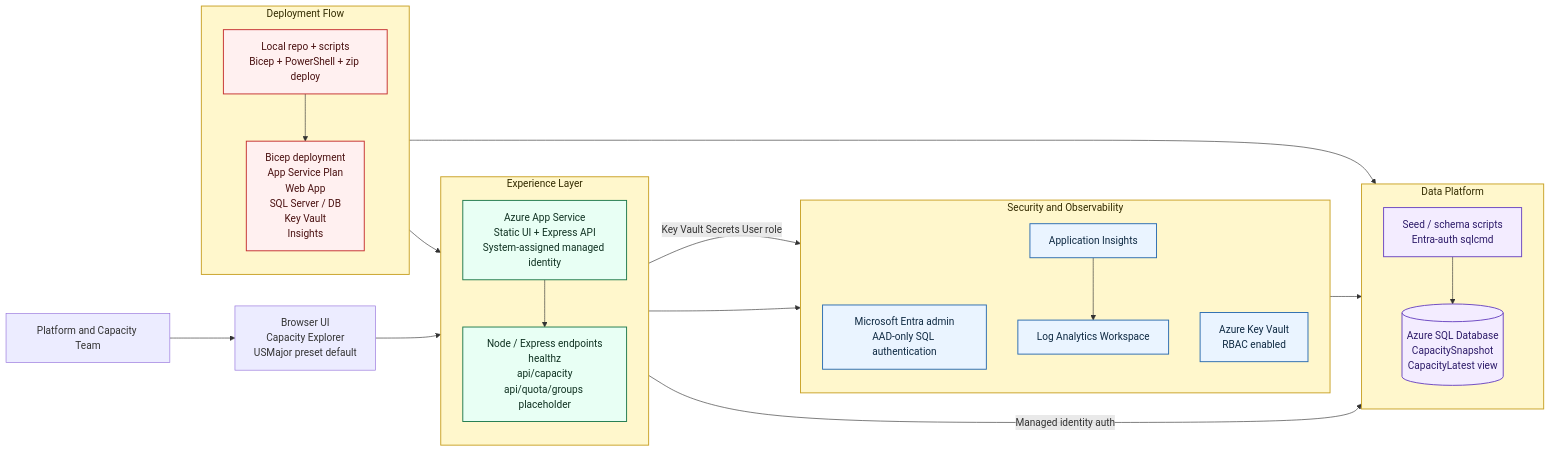
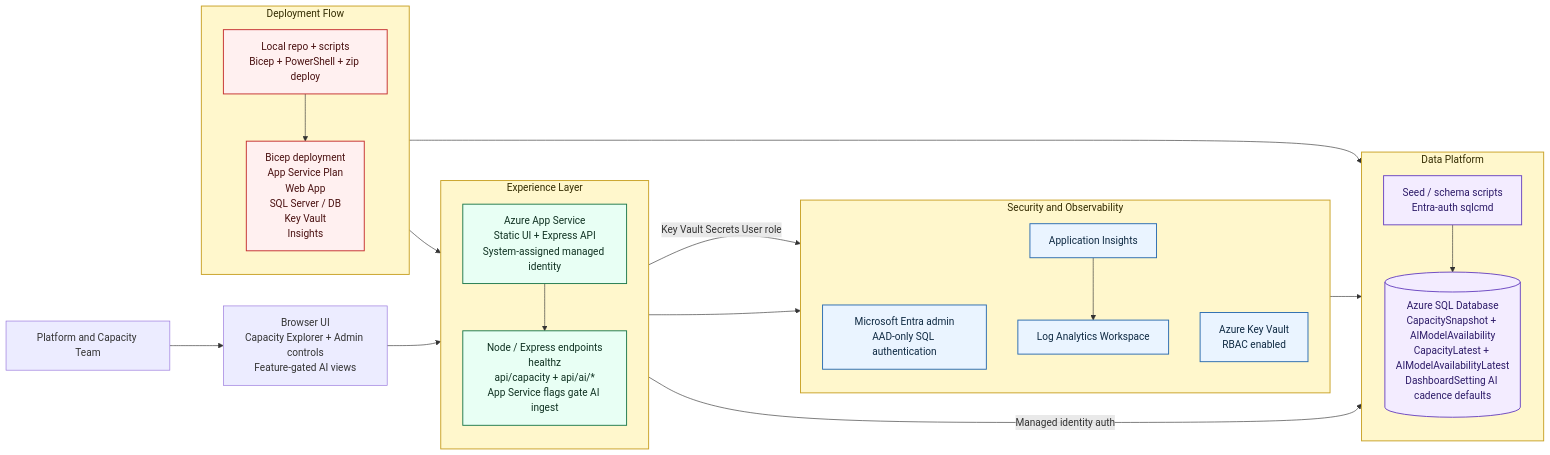
Before and after one commit to wjpigott/Capacity-Planning-Dashboard: the diagram in docs/current-architecture.mmd, drawn with Mermaid. The commit also changed 145 other files, not shown here.

Commit message:
feat: add Azure AI capacity ingestion, fix SQL timeout, remove .squad from tracking

```diff
--- a/docs/current-architecture.mmd
+++ b/docs/current-architecture.mmd
@@ -1,50 +1,50 @@
 flowchart LR
     classDef group fill:#FFF7CC,stroke:#C9A227,stroke-width:1.5px,color:#332B00;
     classDef azure fill:#EAF4FF,stroke:#2B6CB0,stroke-width:1.5px,color:#0F2A43;
     classDef app fill:#E8FFF4,stroke:#1F7A4D,stroke-width:1.5px,color:#103222;
     classDef data fill:#F3ECFF,stroke:#6B46C1,stroke-width:1.5px,color:#2D1B69;
     classDef ops fill:#FFF0F0,stroke:#C53030,stroke-width:1.5px,color:#4A1111;
 
     User[Platform and Capacity Team]
-    Browser[Browser UI\nCapacity Explorer\nUSMajor preset default]
+    Browser[Browser UI\nCapacity Explorer + Admin controls\nFeature-gated AI views]
 
     subgraph Experience[Experience Layer]
         direction TB
         WebApp[Azure App Service\nStatic UI + Express API\nSystem-assigned managed identity]
-        Api[Node / Express endpoints\nhealthz\napi/capacity\napi/quota/groups placeholder]
+        Api[Node / Express endpoints\nhealthz\napi/capacity + api/ai/*\nApp Service flags gate AI ingest]
     end
 
     subgraph Data[Data Platform]
         direction TB
-        Sql[(Azure SQL Database\nCapacitySnapshot\nCapacityLatest view)]
+        Sql[(Azure SQL Database\nCapacitySnapshot + AIModelAvailability\nCapacityLatest + AIModelAvailabilityLatest\nDashboardSetting AI cadence defaults)]
         Seed[Seed / schema scripts\nEntra-auth sqlcmd]
     end
 
     subgraph Security[Security and Observability]
         direction TB
         Entra[Microsoft Entra admin\nAAD-only SQL authentication]
         Kv[Azure Key Vault\nRBAC enabled]
         Appi[Application Insights]
         Log[Log Analytics Workspace]
     end
 
     subgraph Delivery[Deployment Flow]
         direction TB
         Local[Local repo + scripts\nBicep + PowerShell + zip deploy]
         Infra[Bicep deployment\nApp Service Plan\nWeb App\nSQL Server / DB\nKey Vault\nInsights]
     end
 
     User --> Browser --> WebApp --> Api
     Api -->|Managed identity auth| Sql
     Seed --> Sql
     Entra --> Sql
     WebApp -->|Key Vault Secrets User role| Kv
     WebApp --> Appi --> Log
     Local --> Infra --> WebApp
     Local --> Seed
 
     class Experience,Data,Security,Delivery group;
     class WebApp,Api app;
     class Sql,Seed data;
     class Entra,Kv,Appi,Log azure;
     class Local,Infra ops;
```
